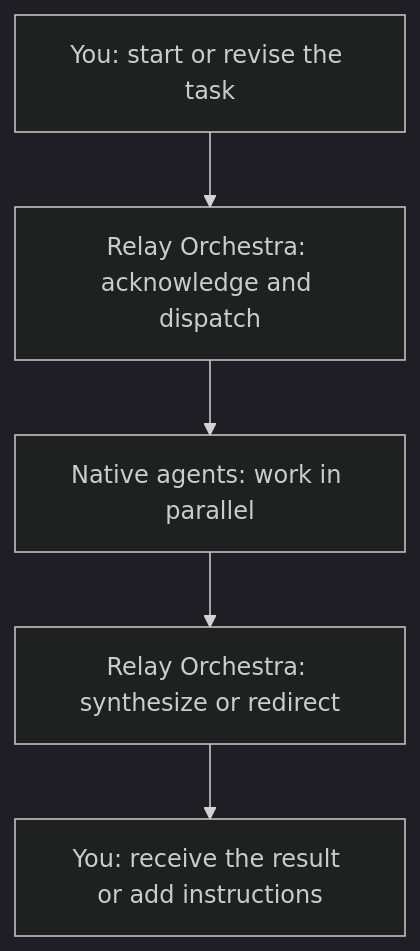
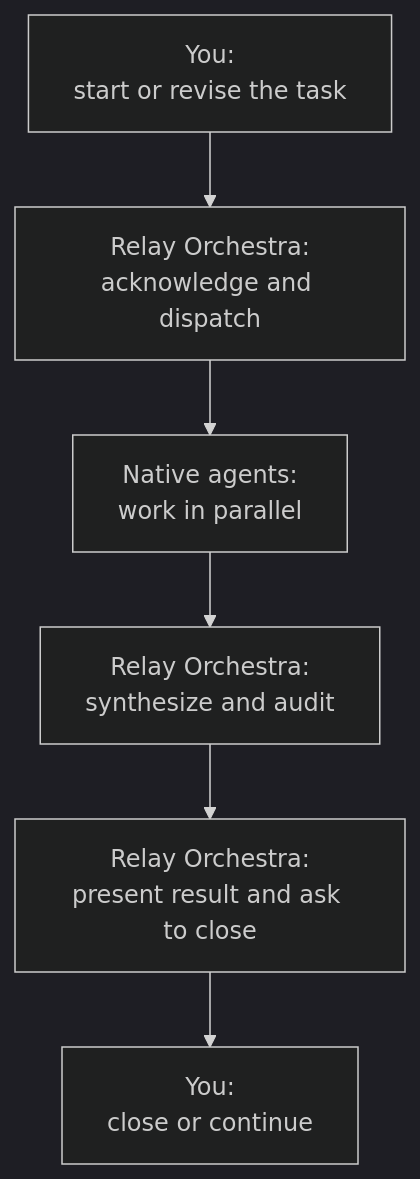
The diagram in README.md (SDA-31/relay-orchestra), drawn with Mermaid (dark theme) before and after one commit. The commit also changed other lines of this file and 11 other files, not shown here.

````diff
--- a/README.md
+++ b/README.md
@@ -79,10 +87,11 @@
 ```mermaid
 flowchart TD
     accTitle: Relay Orchestra live session
-    accDescr: A user directs Relay Orchestra, which dispatches native agents, synthesizes their work, and returns the result.
-    U["You: start or revise the task"]
-    U --> C["Relay Orchestra: acknowledge and dispatch"]
-    C --> A["Native agents: work in parallel"]
-    A --> S["Relay Orchestra: synthesize or redirect"]
-    S --> O["You: receive the result or add instructions"]
+    accDescr: A user directs Relay Orchestra, which dispatches native agents, audits their work, and asks whether to close or continue.
+    U["You:<br/>start or revise the task"]
+    U --> C["Relay Orchestra:<br/>acknowledge and dispatch"]
+    C --> A["Native agents:<br/>work in parallel"]
+    A --> S["Relay Orchestra:<br/>synthesize and audit"]
+    S --> Q["Relay Orchestra:<br/>present result and ask to close"]
+    Q --> O["You:<br/>close or continue"]
 ```
````
